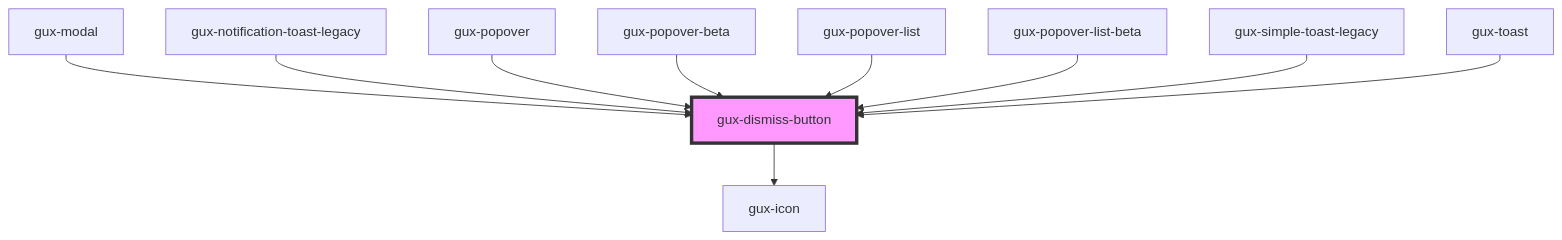
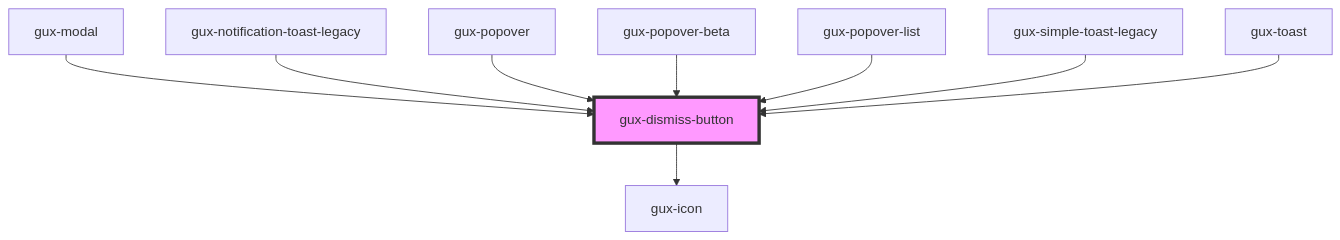
The diagram in packages/genesys-spark-components/src/components/stable/gux-dismiss-button/readme.md (MyPureCloud/genesys-spark), drawn with Mermaid before and after one commit. The commit also changed other lines of this file and 18 other files, not shown here.

Commit message:
chore(gux-popover-list): replace gux-popover-list with gux-popover-list-beta

````diff
--- a/packages/genesys-spark-components/src/components/stable/gux-dismiss-button/readme.md
+++ b/packages/genesys-spark-components/src/components/stable/gux-dismiss-button/readme.md
@@ -33,13 +32,12 @@
 ```mermaid
 graph TD;
   gux-dismiss-button --> gux-icon
   gux-modal --> gux-dismiss-button
   gux-notification-toast-legacy --> gux-dismiss-button
   gux-popover --> gux-dismiss-button
   gux-popover-beta --> gux-dismiss-button
   gux-popover-list --> gux-dismiss-button
-  gux-popover-list-beta --> gux-dismiss-button
   gux-simple-toast-legacy --> gux-dismiss-button
   gux-toast --> gux-dismiss-button
   style gux-dismiss-button fill:#f9f,stroke:#333,stroke-width:4px
 ```
````
